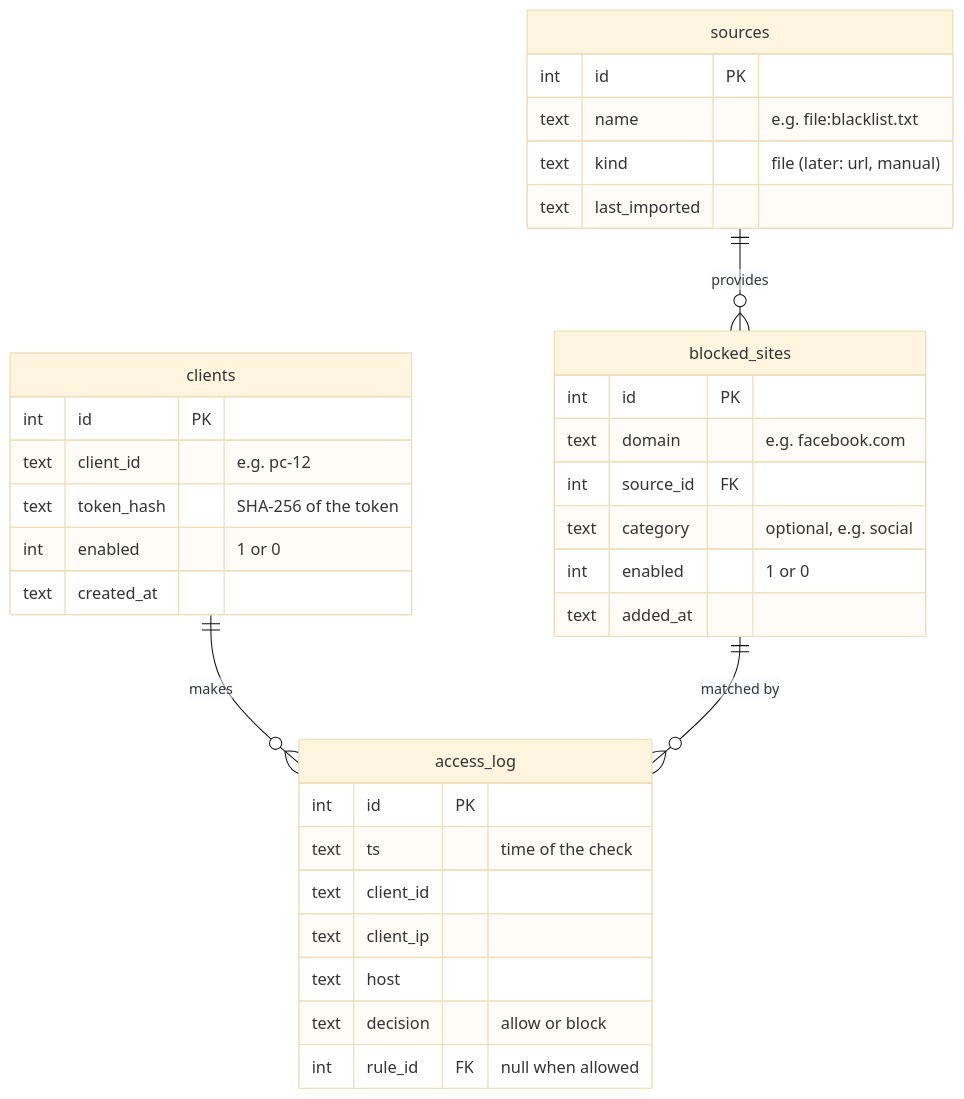
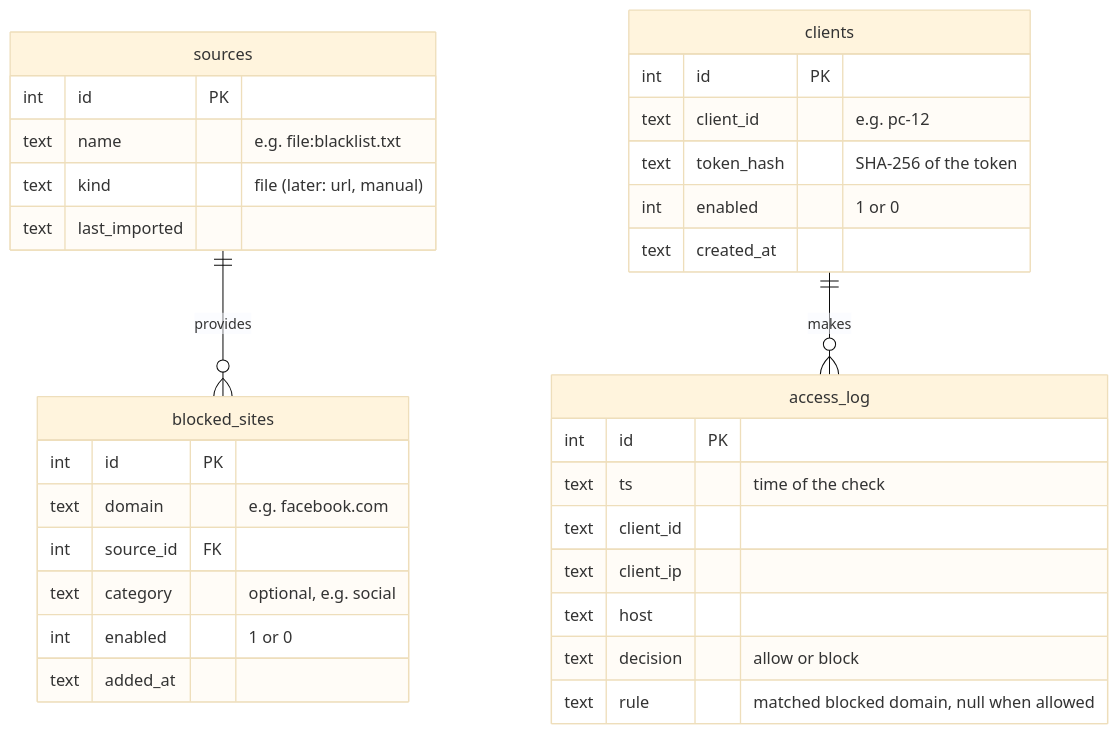
The tenth of 11 diagrams in docs/ARCHITECTURE.md (itamarimor2009/YearlyProject), drawn with Mermaid (base theme) before and after one commit. The commit also changed other lines of this file and 36 other files, not shown here.

````diff
--- a/docs/ARCHITECTURE.md
+++ b/docs/ARCHITECTURE.md
@@ -276,37 +276,36 @@
 ```mermaid
 erDiagram
     sources ||--o{ blocked_sites : "provides"
     clients ||--o{ access_log : "makes"
-    blocked_sites ||--o{ access_log : "matched by"
 
     sources {
         int id PK
         text name "e.g. file:blacklist.txt"
         text kind "file (later: url, manual)"
         text last_imported
     }
     blocked_sites {
         int id PK
         text domain "e.g. facebook.com"
         int source_id FK
         text category "optional, e.g. social"
         int enabled "1 or 0"
         text added_at
     }
     clients {
         int id PK
         text client_id "e.g. pc-12"
         text token_hash "SHA-256 of the token"
         int enabled "1 or 0"
         text created_at
     }
     access_log {
         int id PK
         text ts "time of the check"
         text client_id
         text client_ip
         text host
         text decision "allow or block"
-        int rule_id FK "null when allowed"
+        text rule "matched blocked domain, null when allowed"
     }
 ```
````
